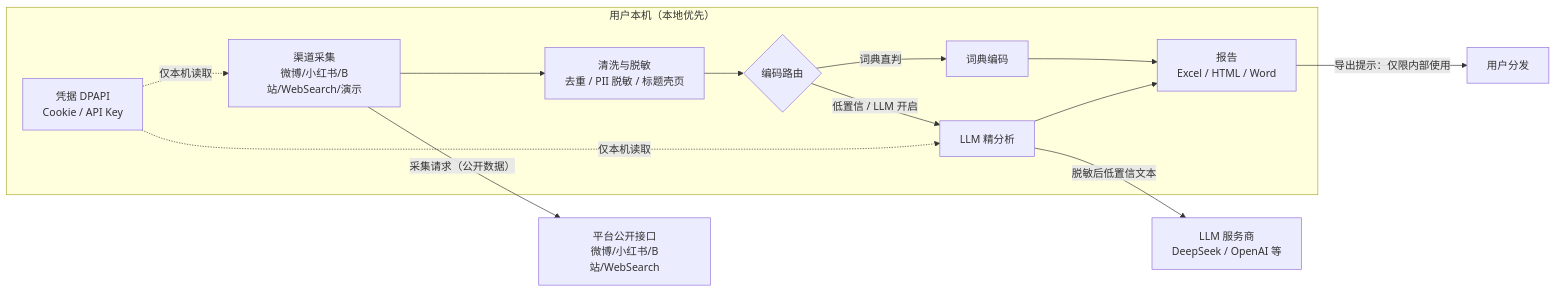
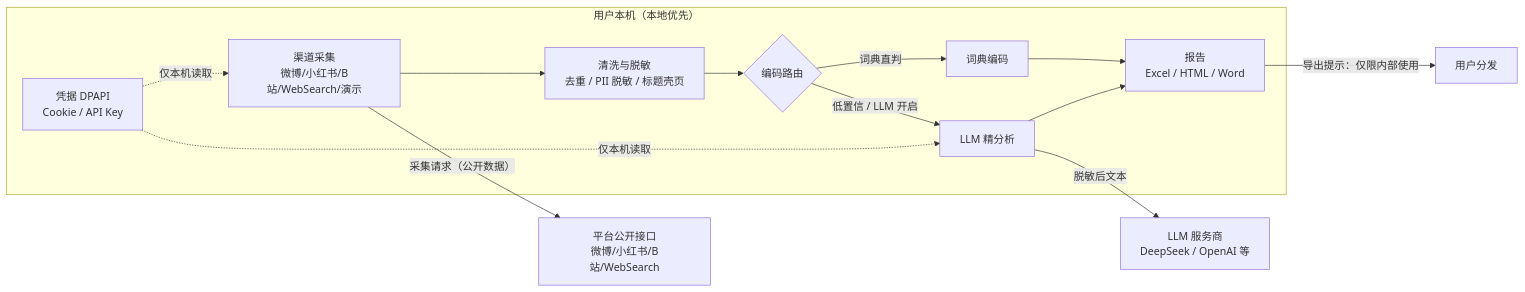
One commit to chlorella666/social_media_sentiment changed the diagram in docs/BRD.md. Above: the diagram before and after it, drawn with Mermaid. The commit also changed other lines of this file and 5 other files, not shown here.

````diff
--- a/docs/BRD.md
+++ b/docs/BRD.md
@@ -174,16 +174,16 @@
 ```mermaid
 flowchart LR
     subgraph 本机["用户本机（本地优先）"]
         A["渠道采集<br/>微博/小红书/B站/WebSearch/演示"] --> B["清洗与脱敏<br/>去重 / PII 脱敏 / 标题壳页"]
         B --> C{编码路由}
         C -->|词典直判| D["词典编码"]
         C -->|低置信 / LLM 开启| E["LLM 精分析"]
         D --> F["报告<br/>Excel / HTML / Word"]
         E --> F
         S["凭据 DPAPI<br/>Cookie / API Key"] -.仅本机读取.-> A
         S -.仅本机读取.-> E
     end
     A -->|"采集请求（公开数据）"| P["平台公开接口<br/>微博/小红书/B站/WebSearch"]
-    E -->|"脱敏后低置信文本"| L["LLM 服务商<br/>DeepSeek / OpenAI 等"]
+    E -->|"脱敏后文本"| L["LLM 服务商<br/>DeepSeek / OpenAI 等"]
     F -->|"导出提示：仅限内部使用"| U["用户分发"]
 ```
````
